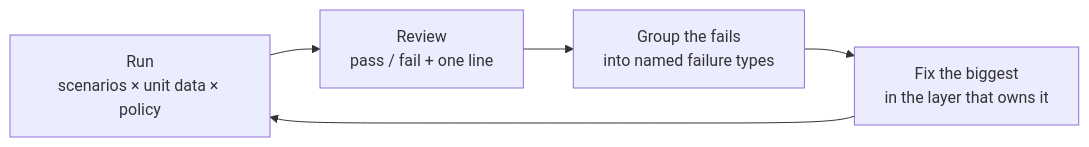
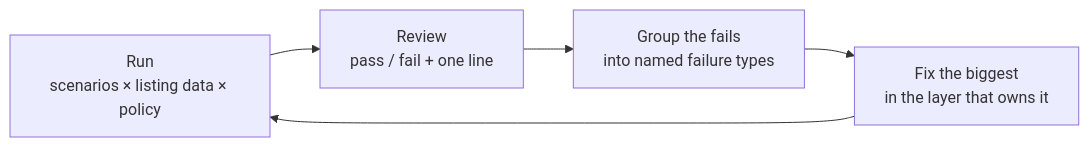
The second of 3 diagrams in api/src/sernia_ai/zillow_leads/README.md (EmilioEsposito/portfolio), drawn with Mermaid before and after one commit. The commit also changed other lines of this file and 15 other files, not shown here.

First line of the commit message:
Name the case builder's input ListingData, matching listing_data.py

````diff
--- a/api/src/sernia_ai/zillow_leads/README.md
+++ b/api/src/sernia_ai/zillow_leads/README.md
@@ -154,7 +154,7 @@
 ```mermaid
 flowchart LR
-    R["Run<br/>scenarios × unit data × policy"] --> V["Review<br/>pass / fail + one line"]
+    R["Run<br/>scenarios × listing data × policy"] --> V["Review<br/>pass / fail + one line"]
     V --> G["Group the fails<br/>into named failure types"]
     G --> F["Fix the biggest<br/>in the layer that owns it"]
     F --> R
 ```
````
